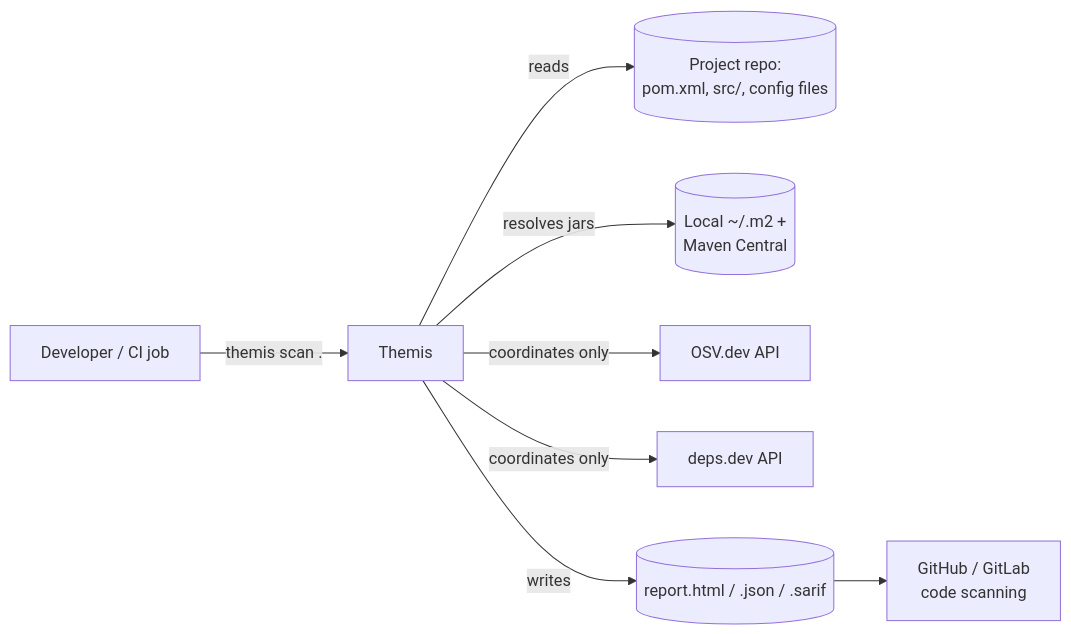
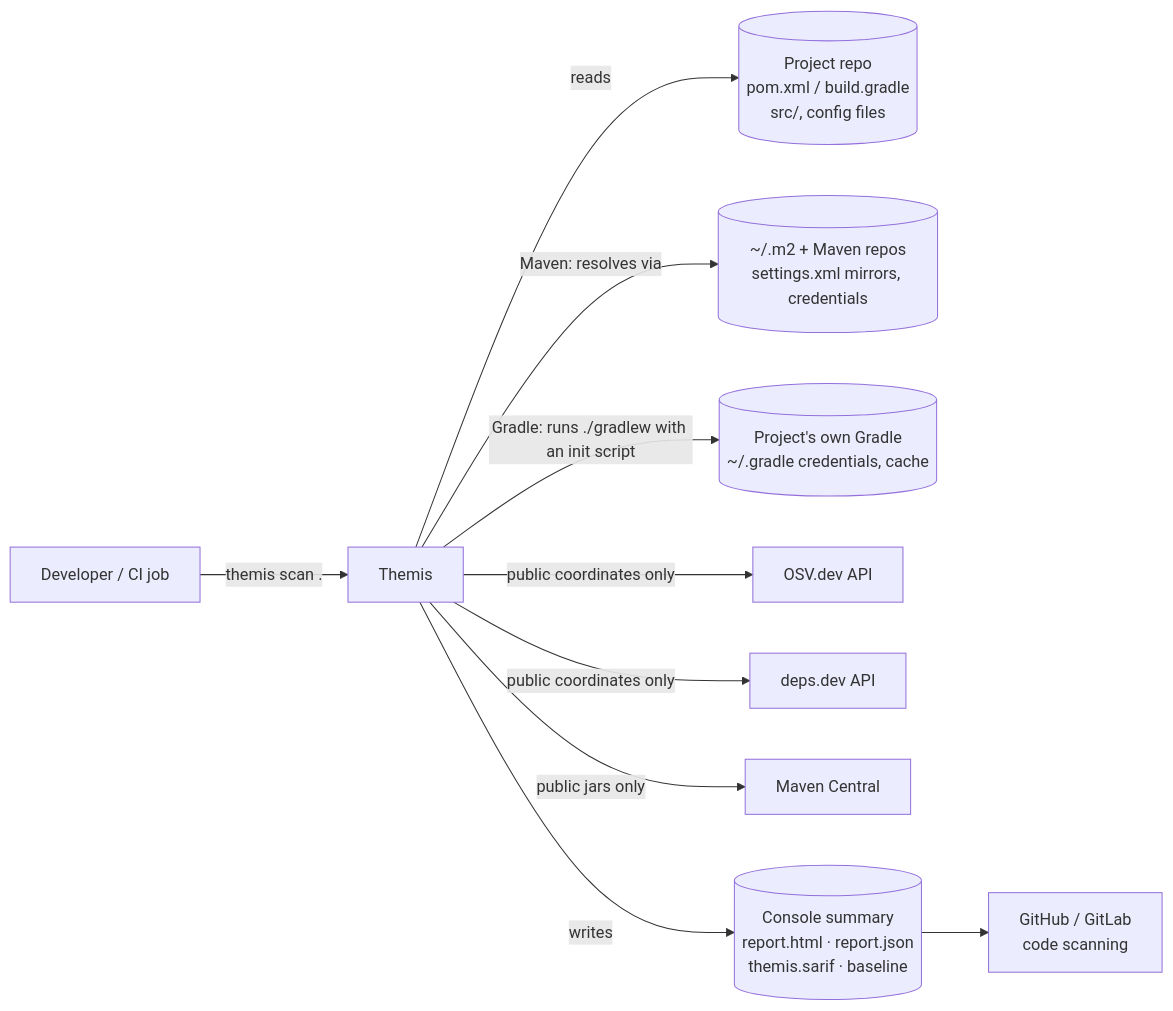
One commit to aryanttripathi/themis changed the first of 5 diagrams in docs/HLD.md. Above: the diagram before and after it, drawn with Mermaid. The commit also changed other lines of this file and 3 other files, not shown here.

Commit message:
Docs: rewrite WHY, HLD, LLD for v0.1 with Mermaid diagrams

````diff
--- a/docs/HLD.md
+++ b/docs/HLD.md
@@ -7,10 +7,12 @@
 ```mermaid
 flowchart LR
-    Dev[Developer / CI job] -->|themis scan .| DS[Themis]
-    DS -->|reads| Repo[(Project repo:<br/>pom.xml, src/, config files)]
-    DS -->|resolves jars| M2[(Local ~/.m2 +<br/>Maven Central)]
-    DS -->|coordinates only| OSV[OSV.dev API]
-    DS -->|coordinates only| DD[deps.dev API]
-    DS -->|writes| Out[(report.html / .json / .sarif)]
+    Dev[Developer / CI job] -->|"themis scan ."| T[Themis]
+    T -->|reads| Repo[(Project repo<br/>pom.xml / build.gradle<br/>src/, config files)]
+    T -->|"Maven: resolves via"| M2[(~/.m2 + Maven repos<br/>settings.xml mirrors, credentials)]
+    T -->|"Gradle: runs ./gradlew with an init script"| G[(Project's own Gradle<br/>~/.gradle credentials, cache)]
+    T -->|"public coordinates only"| OSV[OSV.dev API]
+    T -->|"public coordinates only"| DD[deps.dev API]
+    T -->|"public jars only"| MC[Maven Central]
+    T -->|writes| Out[(Console summary<br/>report.html · report.json<br/>themis.sarif · baseline)]
     Out --> GH[GitHub / GitLab<br/>code scanning]
 ```
````
